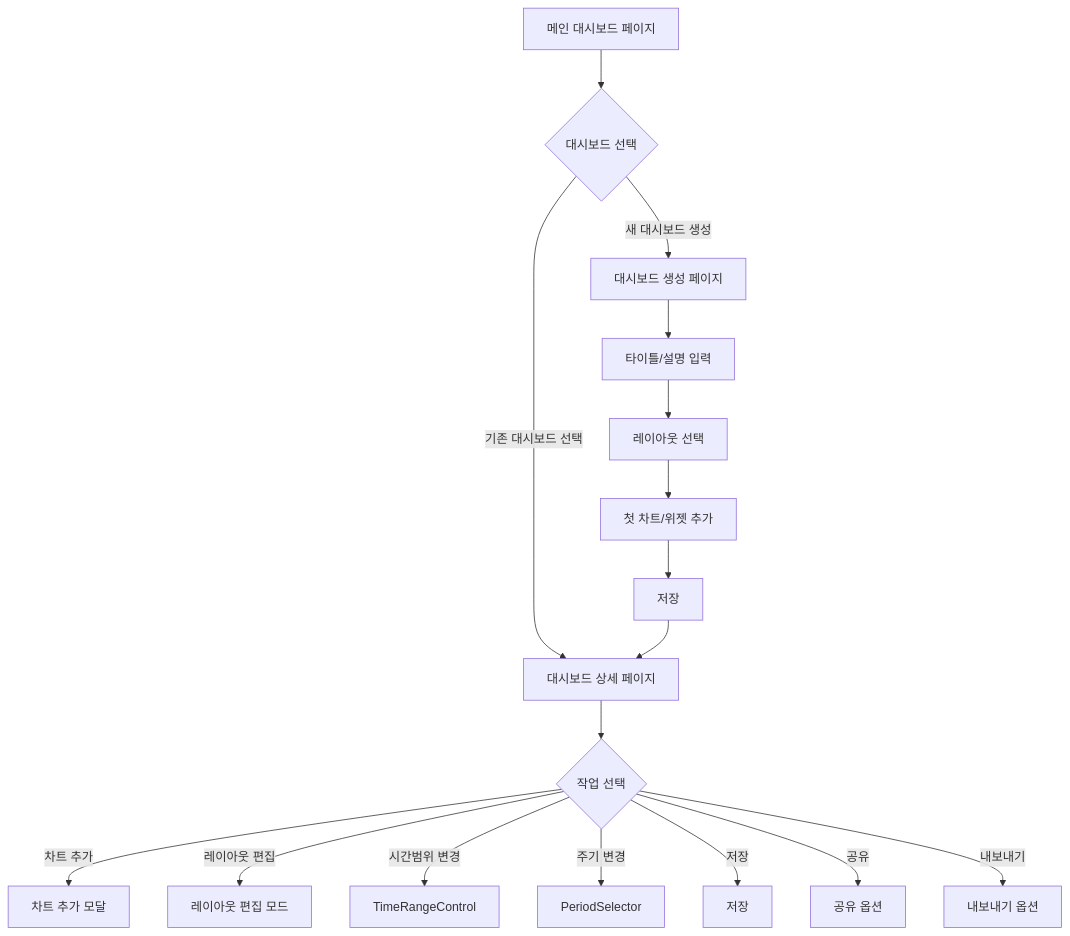
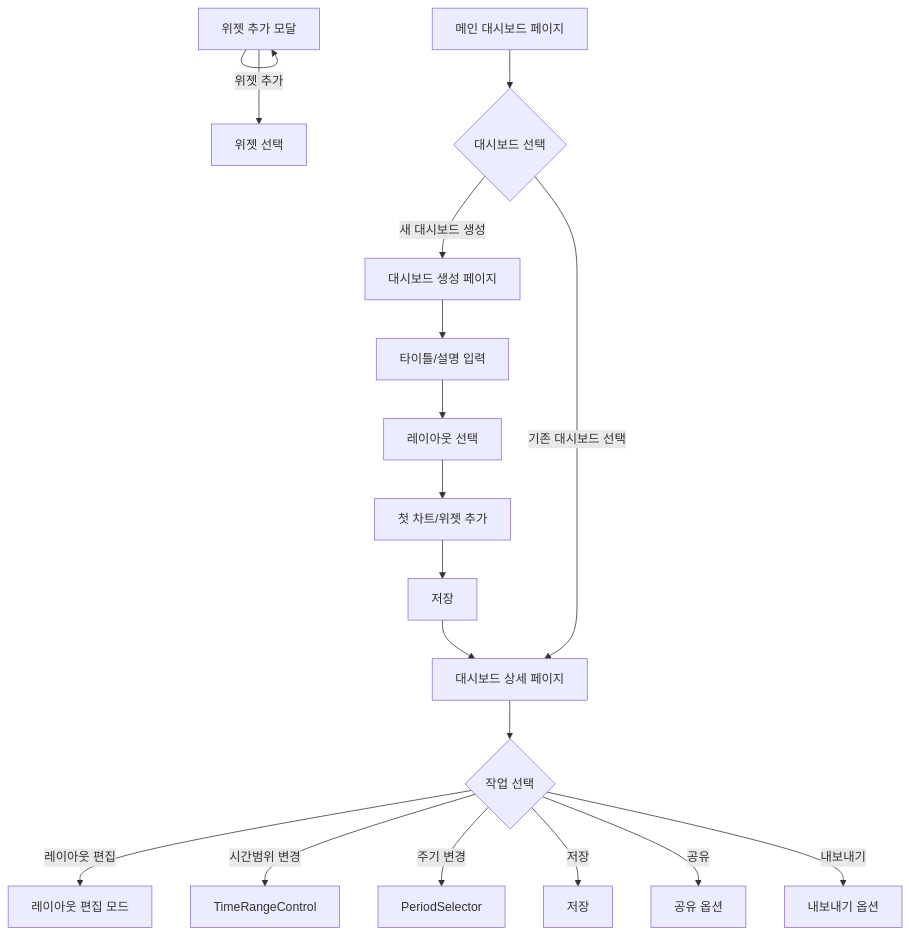
The second of 2 diagrams in product-spec.md (Seungwoo321/etorch-docs), drawn with Mermaid before and after one commit. The commit also changed other lines of this file, not shown here.

````diff
--- a/product-spec.md
+++ b/product-spec.md
@@ -180,21 +181,22 @@
 ```mermaid
 flowchart TD
     A[메인 대시보드 페이지] --> B{대시보드 선택}
     B -->|새 대시보드 생성| C[대시보드 생성 페이지]
     B -->|기존 대시보드 선택| D[대시보드 상세 페이지]
     
     C --> E[타이틀/설명 입력]
     E --> F[레이아웃 선택]
     F --> G[첫 차트/위젯 추가]
     G --> H[저장]
     H --> D
     
     D --> I{작업 선택}
-    I -->|차트 추가| J[차트 추가 모달]
+    J -->|위젯 추가| J[위젯 추가 모달]
+    J --> Q[위젯 선택]
     I -->|레이아웃 편집| K[레이아웃 편집 모드]
     I -->|시간범위 변경| L[TimeRangeControl]
     I -->|주기 변경| M[PeriodSelector]
     I -->|저장| N[저장]
     I -->|공유| O[공유 옵션]
     I -->|내보내기| P[내보내기 옵션]
 ```
````
